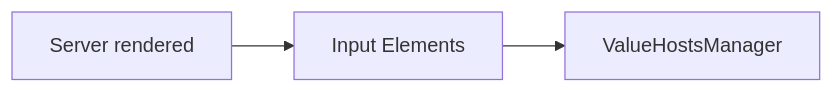
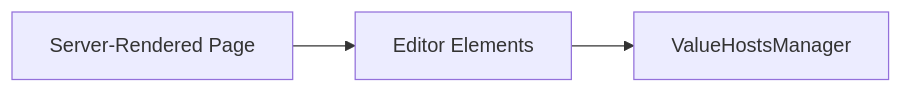
The third of 5 diagrams in docs/Learning_Jivs/Initializing_the_Client_Form.md (plblum/jivs), drawn with Mermaid before and after one commit. The commit also changed other lines of this file and 5 other files, not shown here.

````diff
--- a/docs/Learning_Jivs/Initializing_the_Client_Form.md
+++ b/docs/Learning_Jivs/Initializing_the_Client_Form.md
@@ -80,5 +92,5 @@
 ```mermaid
 flowchart LR
-    SERVER["Server rendered"] --> INPUT["Input Elements"]
+    SERVER["Server-Rendered Page"] --> INPUT["Editor Elements"]
     INPUT --> VHM["ValueHostsManager"]
 ```
````
